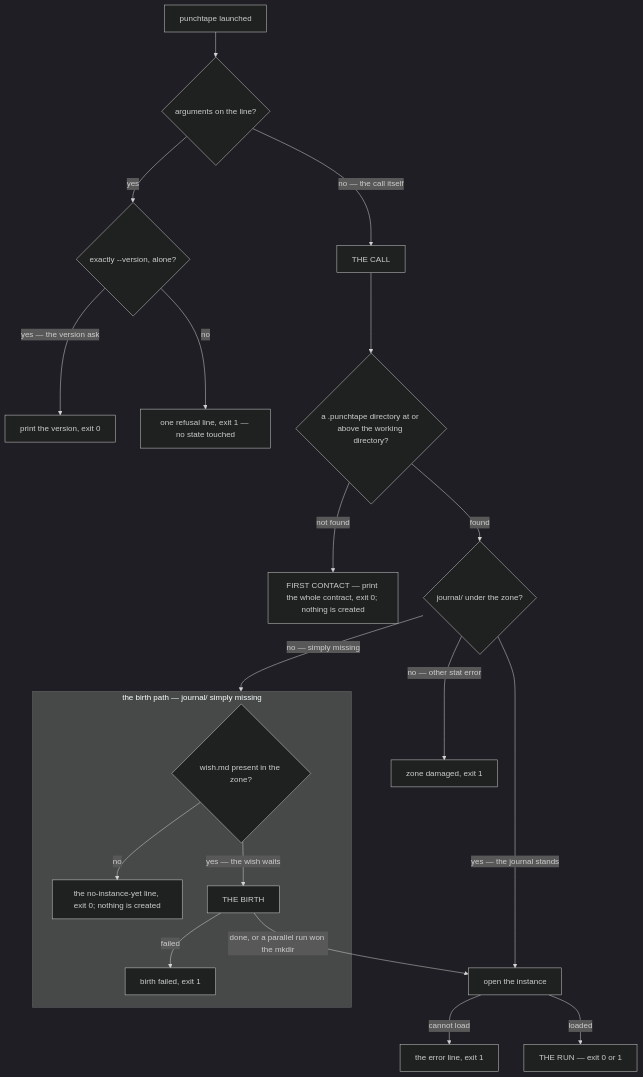
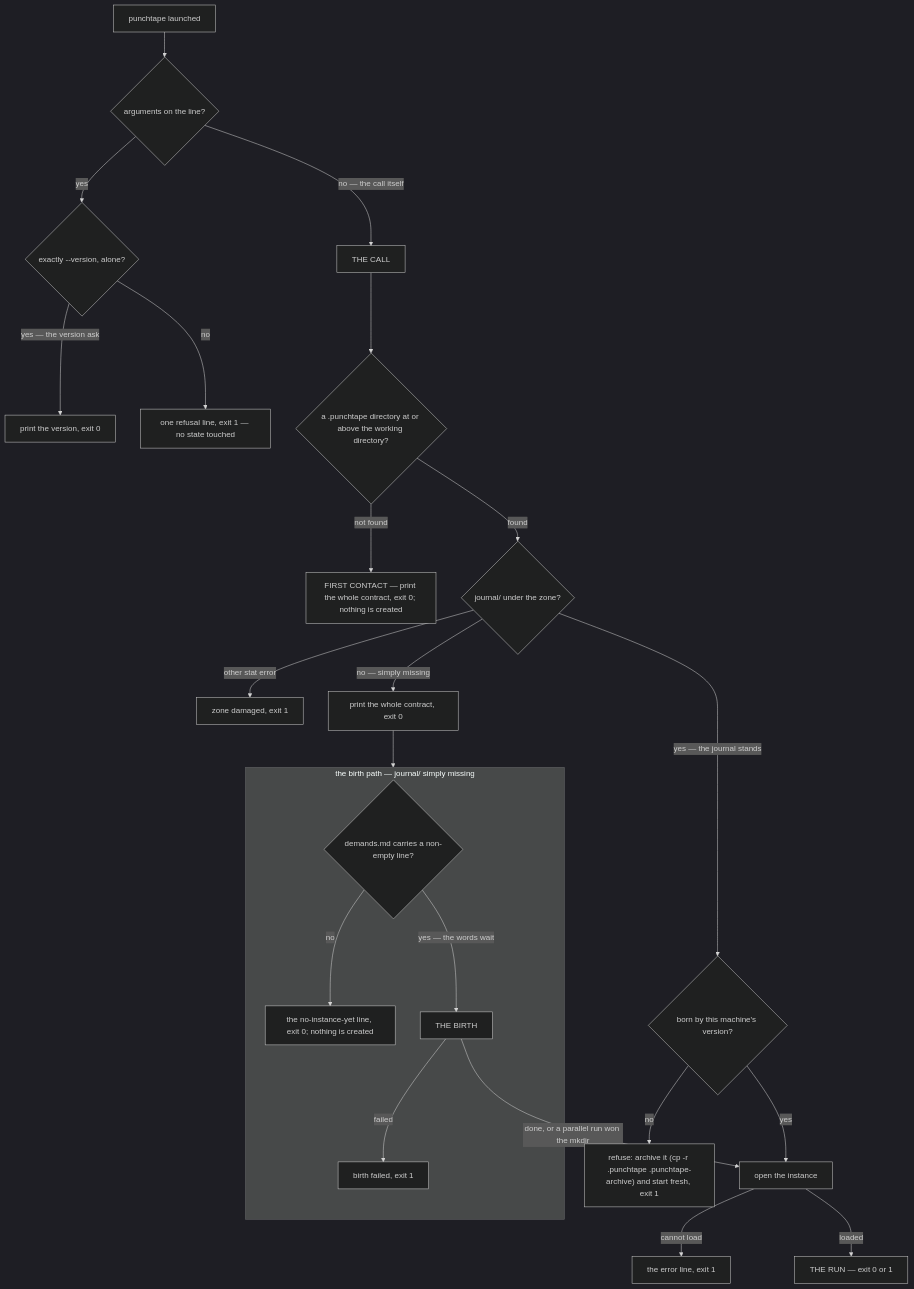
One commit to neurophant/punchtape changed the first of 9 diagrams in docs/ARCHITECTURE.md. Above: the diagram before and after it, drawn with Mermaid (dark theme). The commit also changed other lines of this file and 80 other files, not shown here.

````diff
--- a/docs/ARCHITECTURE.md
+++ b/docs/ARCHITECTURE.md
@@ -119,23 +133,26 @@
 ```mermaid
 flowchart TD
     L["punchtape launched"] --> ARGS{"arguments on the line?"}
     ARGS -- "yes" --> VER{"exactly --version, alone?"}
     VER -- "yes — the version ask" --> VOUT["print the version, exit 0"]
     VER -- "no" --> REF["one refusal line, exit 1 — no state touched"]
     ARGS -- "no — the call itself" --> CALL["THE CALL"]
     CALL --> ZONE{"a .punchtape directory at or above the working directory?"}
     ZONE -- "not found" --> FIRST["FIRST CONTACT — print the whole contract, exit 0; nothing is created"]
     ZONE -- "found" --> JD{"journal/ under the zone?"}
-    JD -- "no — other stat error" --> DAM["zone damaged, exit 1"]
-    JD -- "yes — the journal stands" --> OPEN["open the instance"]
+    JD -- "other stat error" --> DAM["zone damaged, exit 1"]
+    JD -- "yes — the journal stands" --> VERG{"born by this machine's version?"}
+    VERG -- "no" --> FOR["refuse: archive it (cp -r .punchtape .punchtape-archive) and start fresh, exit 1"]
+    VERG -- "yes" --> OPEN["open the instance"]
     subgraph BIRTHPATH["the birth path — journal/ simply missing"]
-      WISH{"wish.md present in the zone?"}
-      WISH -- "no" --> SLOT["the no-instance-yet line, exit 0; nothing is created"]
-      WISH -- "yes — the wish waits" --> BIRTH["THE BIRTH"]
+      WORDS{"demands.md carries a non-empty line?"}
+      WORDS -- "no" --> SLOT["the no-instance-yet line, exit 0; nothing is created"]
+      WORDS -- "yes — the words wait" --> BIRTH["THE BIRTH"]
       BIRTH -- "failed" --> BFAIL["birth failed, exit 1"]
     end
-    JD -- "no — simply missing" --> BIRTHPATH
+    JD -- "no — simply missing" --> CONTRACT["print the whole contract, exit 0"]
+    CONTRACT --> BIRTHPATH
     BIRTH -- "done, or a parallel run won the mkdir" --> OPEN
     OPEN -- "cannot load" --> OERR["the error line, exit 1"]
     OPEN -- "loaded" --> RUN["THE RUN — exit 0 or 1"]
 ```
````
